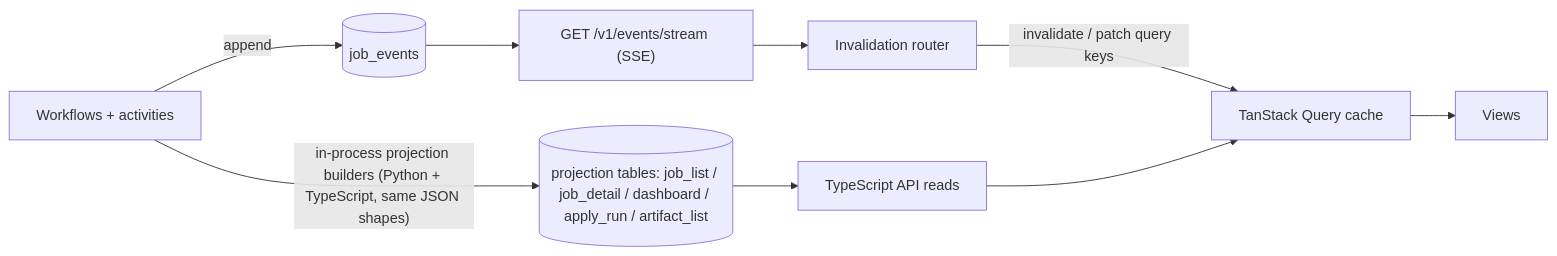
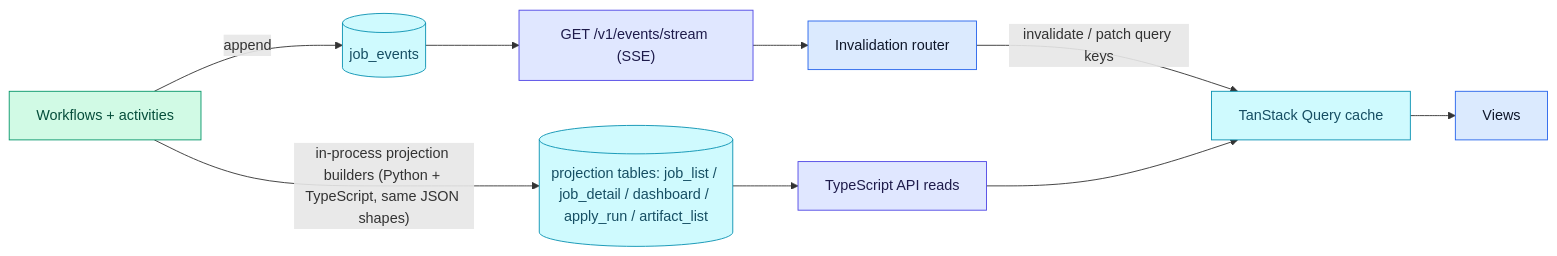
One commit to ebarti/JobCtrl changed the first of 2 diagrams in docs/architecture/read-model.md. Above: the diagram before and after it, drawn with Mermaid. The commit also changed other lines of this file and 57 other files, not shown here.

````diff
--- a/docs/architecture/read-model.md
+++ b/docs/architecture/read-model.md
@@ -7,11 +9,20 @@
 ```mermaid
 flowchart LR
     W["Workflows + activities"] -->|append| EV[("job_events")]
     W -->|"in-process projection builders (Python + TypeScript, same JSON shapes)"| PT[("projection tables: job_list / job_detail / dashboard / apply_run / artifact_list")]
     PT --> API["TypeScript API reads"]
     EV --> SSE["GET /v1/events/stream (SSE)"]
     SSE --> IR["Invalidation router"]
     IR -->|"invalidate / patch query keys"| TQ["TanStack Query cache"]
     API --> TQ
     TQ --> UI["Views"]
+
+    classDef ui fill:#dbeafe,stroke:#2563eb,color:#0f172a
+    classDef ts fill:#e0e7ff,stroke:#4f46e5,color:#1e1b4b
+    classDef py fill:#d1fae5,stroke:#059669,color:#064e3b
+    classDef store fill:#cffafe,stroke:#0891b2,color:#164e63
+    class W py
+    class API,SSE ts
+    class IR,UI ui
+    class EV,PT,TQ store
 ```
````
